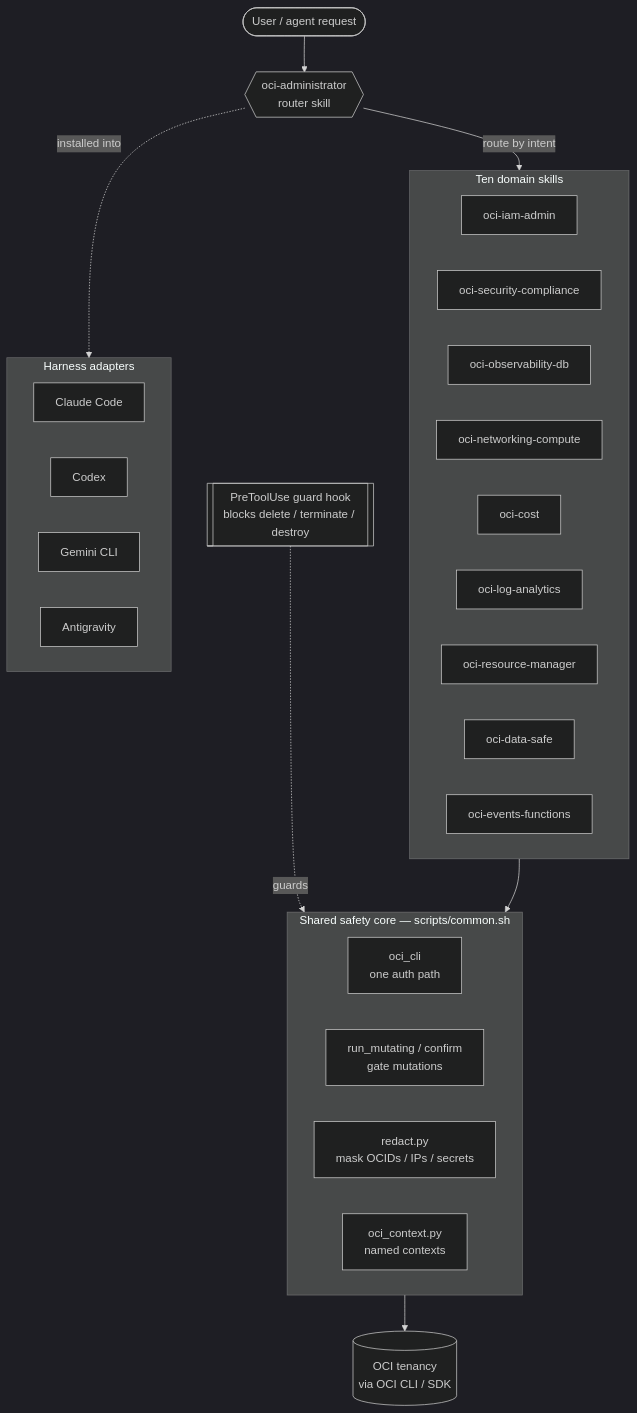
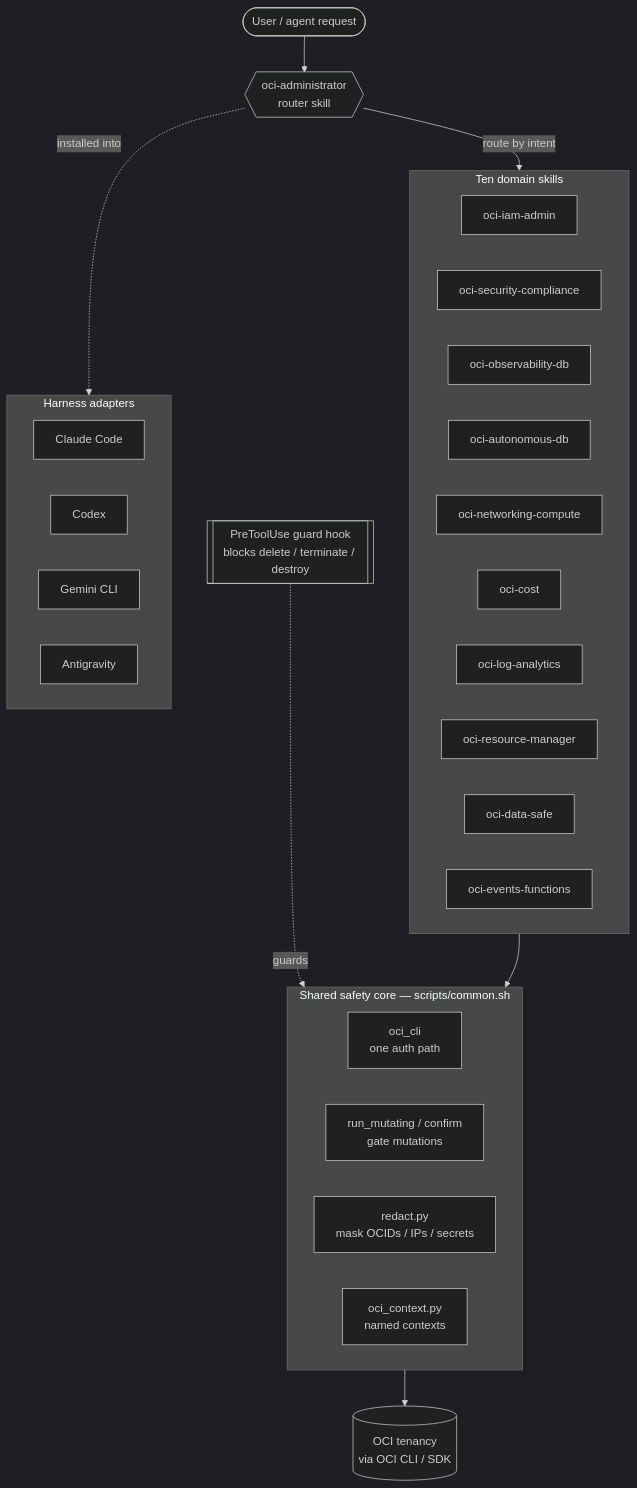
Before and after one commit to adibirzu/oci-skills: the diagram in README.md, drawn with Mermaid (dark theme). The commit also changed other lines of this file and 17 other files, not shown here.

````diff
--- a/README.md
+++ b/README.md
@@ -58,39 +60,40 @@
 ```mermaid
 flowchart TD
     U([User / agent request]) --> R{{"oci-administrator<br/>router skill"}}
     R -->|route by intent| D
 
     subgraph D[Ten domain skills]
       direction LR
       IAM[oci-iam-admin]
       SEC[oci-security-compliance]
       OBS[oci-observability-db]
+      ADB[oci-autonomous-db]
       NET[oci-networking-compute]
       COST[oci-cost]
       LOG[oci-log-analytics]
       ORM[oci-resource-manager]
       DS[oci-data-safe]
       EF[oci-events-functions]
     end
 
     D --> CORE
     subgraph CORE["Shared safety core — scripts/common.sh"]
       direction LR
       CLI["oci_cli<br/>one auth path"]
       MUT["run_mutating / confirm<br/>gate mutations"]
       RED["redact.py<br/>mask OCIDs / IPs / secrets"]
       CTX["oci_context.py<br/>named contexts"]
     end
 
     HOOK[["PreToolUse guard hook<br/>blocks delete / terminate / destroy"]] -. guards .-> CLI
     CORE --> OCI[("OCI tenancy<br/>via OCI CLI / SDK")]
 
     R -. installed into .-> H
     subgraph H[Harness adapters]
       direction LR
       C[Claude Code]
       CX[Codex]
       G[Gemini CLI]
       AG[Antigravity]
     end
 ```
````
